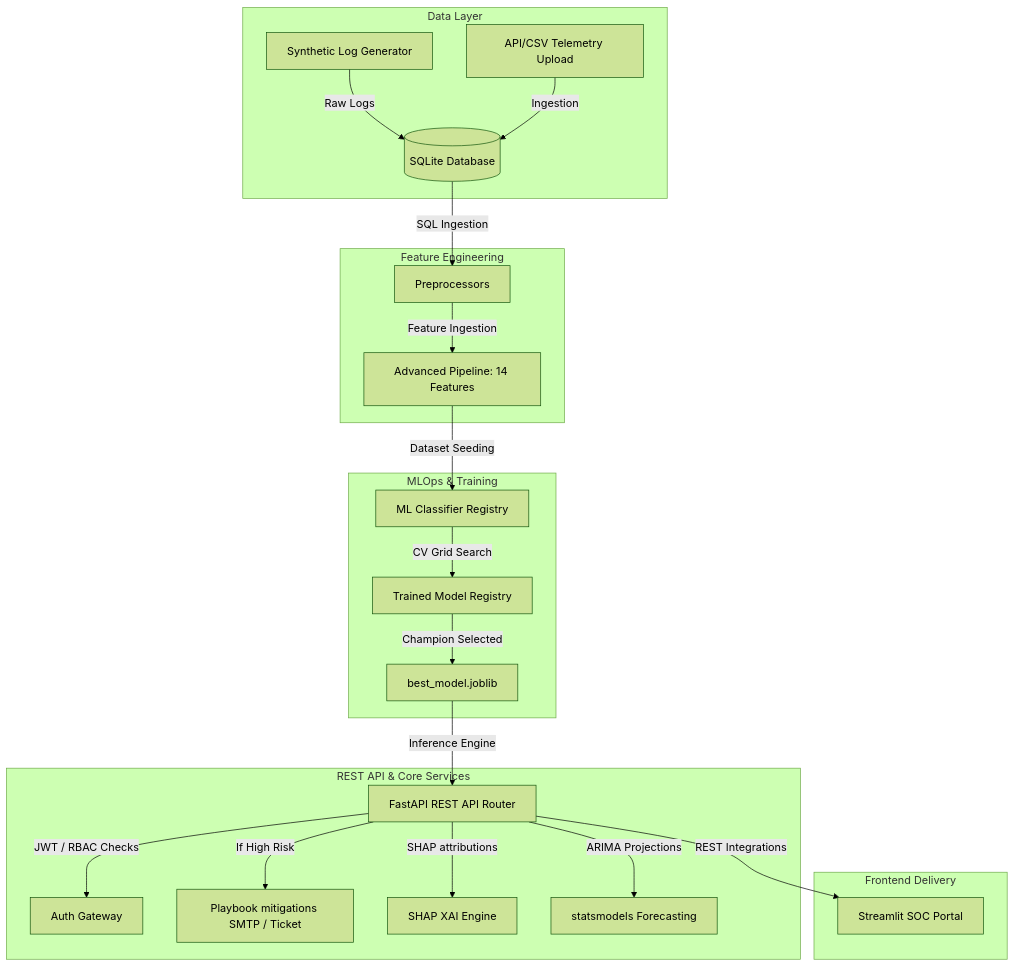
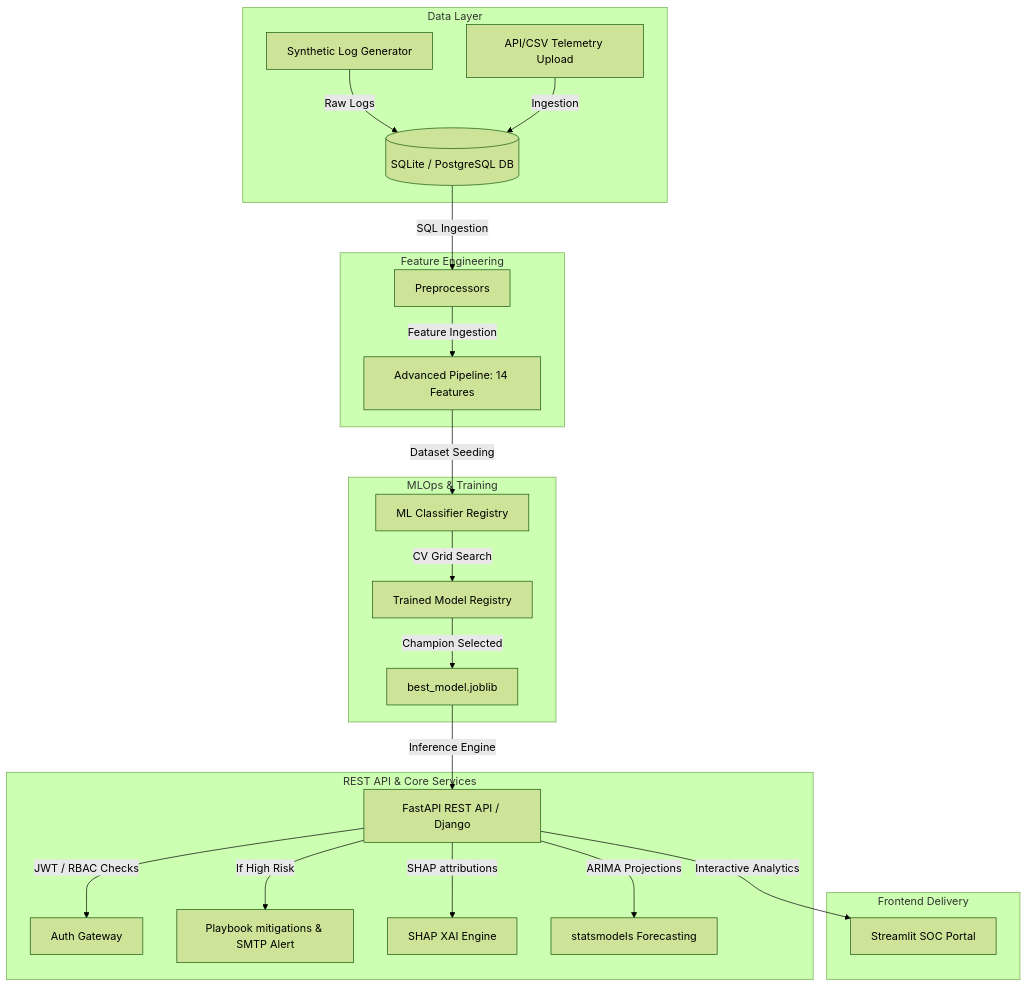
The diagram in README.md (sarithasankari/advanced-thread-incident-analytics-and-security-visualization-framework-group-1), drawn with Mermaid (forest theme) before and after one commit. The commit also changed other lines of this file and 1 other file, not shown here.

Commit message:
docs: update README with one-click launchers, architecture, and v2.1.0 changelog

````diff
--- a/README.md
+++ b/README.md
@@ -9,30 +9,30 @@
 ```mermaid
 flowchart TD
     subgraph Data Layer
-        A[Synthetic Log Generator] -->|Raw Logs| B[(SQLite Database)]
+        A[Synthetic Log Generator] -->|Raw Logs| B[(SQLite / PostgreSQL DB)]
         C[API/CSV Telemetry Upload] -->|Ingestion| B
     end
 
     subgraph Feature Engineering
         B -->|SQL Ingestion| D[Preprocessors]
         D -->|Feature Ingestion| E[Advanced Pipeline: 14 Features]
     end
 
     subgraph MLOps & Training
         E -->|Dataset Seeding| F[ML Classifier Registry]
         F -->|CV Grid Search| G[Trained Model Registry]
         G -->|Champion Selected| H[best_model.joblib]
     end
 
     subgraph REST API & Core Services
-        H -->|Inference Engine| I[FastAPI REST API Router]
+        H -->|Inference Engine| I[FastAPI REST API / Django]
         I -->|JWT / RBAC Checks| J[Auth Gateway]
-        I -->|If High Risk| K[Playbook mitigations SMTP / Ticket]
+        I -->|If High Risk| K[Playbook mitigations & SMTP Alert]
         I -->|SHAP attributions| L[SHAP XAI Engine]
         I -->|ARIMA Projections| M[statsmodels Forecasting]
     end
 
     subgraph Frontend Delivery
-        I -->|REST Integrations| N[Streamlit SOC Portal]
+        I -->|Interactive Analytics| N[Streamlit SOC Portal]
     end
 ```
````
